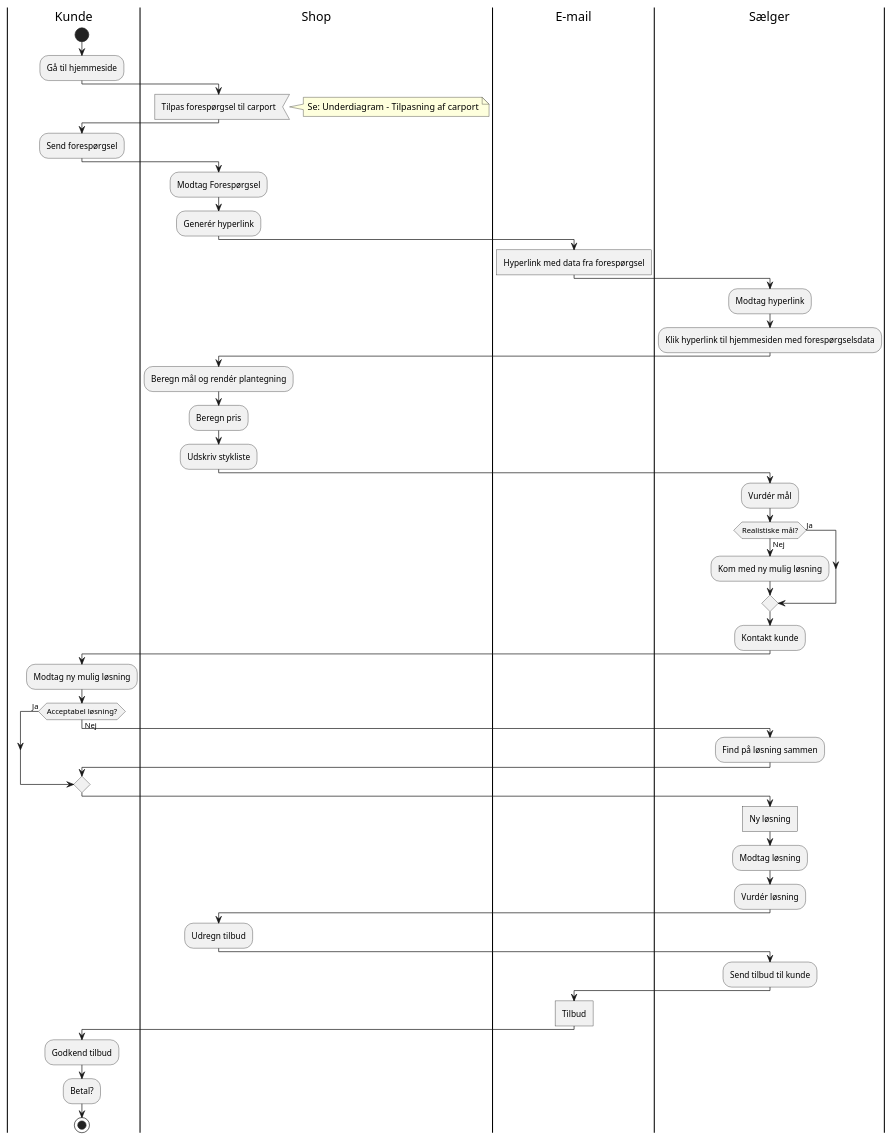
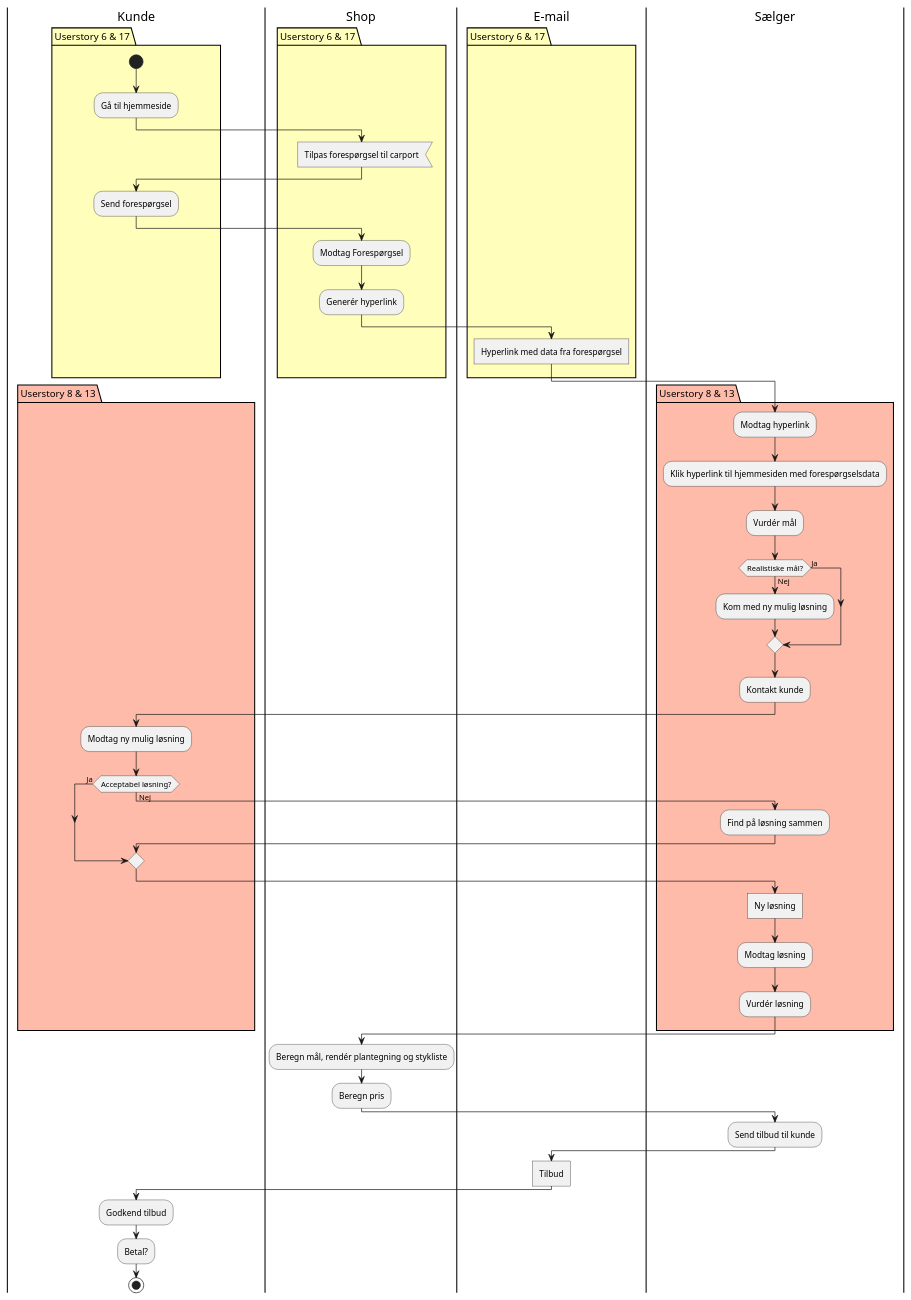
One commit to SirRolin/Carport---GroupB changed the diagram in docs/UML/To-Be/Swimlanes/bestilling af brugerdefineret carport.puml. Above: the diagram before and after it, drawn with PlantUML. The commit also changed 6 other files, not shown here.

```diff
--- a/docs/UML/To-Be/Swimlanes/bestilling af brugerdefineret carport.puml
+++ b/docs/UML/To-Be/Swimlanes/bestilling af brugerdefineret carport.puml
@@ -1,53 +1,53 @@
 @startuml
 'https://plantuml.com/activity-diagram-beta
 
 |Kunde|
+package "Userstory 6 & 17" #FFB{
 start
 :Gå til hjemmeside;
 |Shop|
 :Tilpas forespørgsel til carport<
-note right:Se: Underdiagram - Tilpasning af carport
 |Kunde|
 :Send forespørgsel;
 |Shop|
 :Modtag Forespørgsel;
 :Generér hyperlink;
 |E-mail|
 :Hyperlink med data fra forespørgsel]
+}
+package "Userstory 8 & 13" #FBA{
 |Sælger|
 :Modtag hyperlink;
 :Klik hyperlink til hjemmesiden med forespørgselsdata;
-|Shop|
-:Beregn mål og rendér plantegning;
-:Beregn pris;
-:Udskriv stykliste;
 |Sælger|
 :Vurdér mål;
 if(Realistiske mål?) is (Nej) then
 :Kom med ny mulig løsning;
 else (Ja)
 end if
 :Kontakt kunde;
 |Kunde|
 :Modtag ny mulig løsning;
 if (Acceptabel løsning?) is (Nej) then
 |Sælger|
 :Find på løsning sammen;
 else (Ja)
 end if
 :Ny løsning]
 |Sælger|
 :Modtag løsning;
 :Vurdér løsning;
+}
 |Shop|
-:Udregn tilbud;
+:Beregn mål, rendér plantegning og stykliste;
+:Beregn pris;
 |Sælger|
 :Send tilbud til kunde;
 |E-mail|
 :Tilbud]
 |Kunde|
 :Godkend tilbud;
 :Betal?;
 stop
 
 @enduml
```
